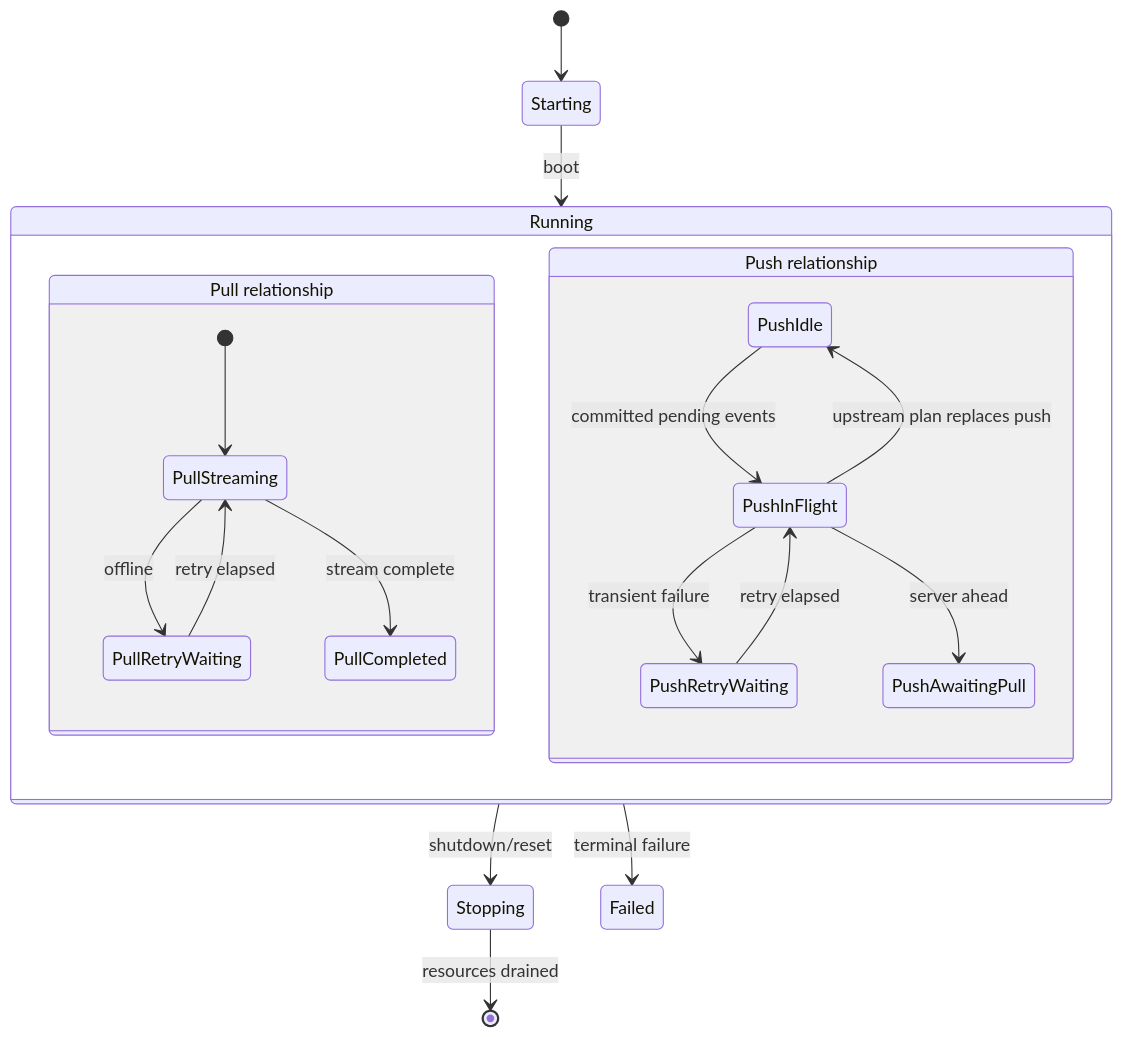
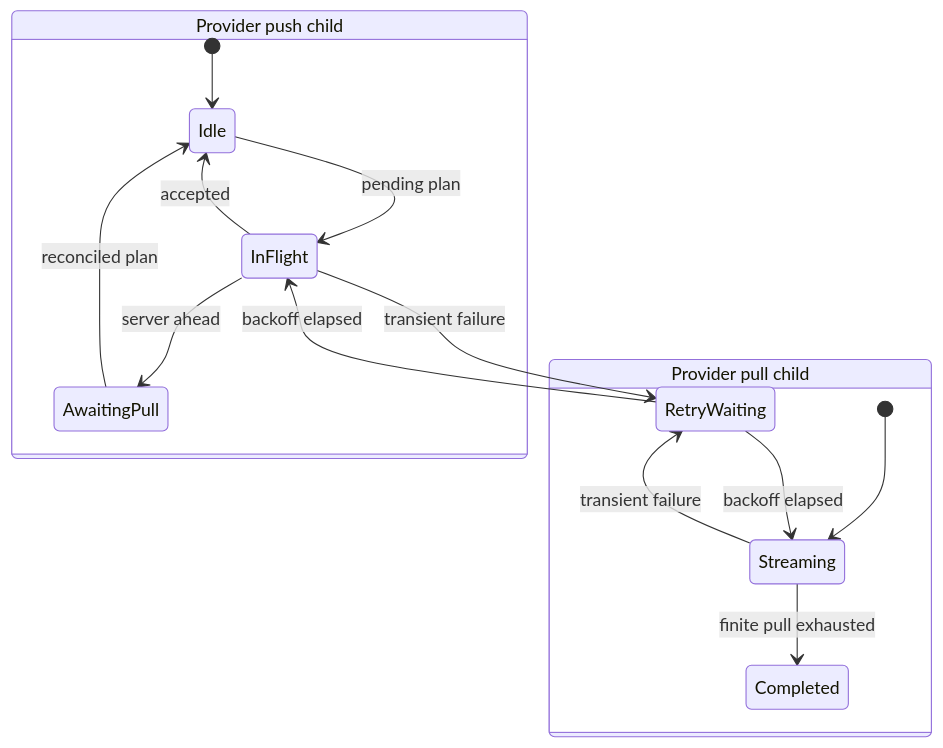
The second of 4 diagrams in contributor-docs/rfcs/0003-leader-sync-state-machine.md (slashv/livestore), drawn with Mermaid before and after one commit. The commit also changed other lines of this file and 4 other files, not shown here.

````diff
--- a/contributor-docs/rfcs/0003-leader-sync-state-machine.md
+++ b/contributor-docs/rfcs/0003-leader-sync-state-machine.md
@@ -61,25 +61,19 @@
 ```mermaid
 stateDiagram-v2
-  [*] --> Starting
-  Starting --> Running: boot
-  Running --> Stopping: shutdown/reset
-  Running --> Failed: terminal failure
-  Stopping --> [*]: resources drained
+  state "Provider push child" as Push {
+    [*] --> Idle
+    Idle --> InFlight: pending plan
+    InFlight --> Idle: accepted
+    InFlight --> RetryWaiting: transient failure
+    RetryWaiting --> InFlight: backoff elapsed
+    InFlight --> AwaitingPull: server ahead
+    AwaitingPull --> Idle: reconciled plan
+  }
 
-  state Running {
-    state "Pull relationship" as Pull {
-      [*] --> PullStreaming
-      PullStreaming --> PullRetryWaiting: offline
-      PullRetryWaiting --> PullStreaming: retry elapsed
-      PullStreaming --> PullCompleted: stream complete
-    }
-
-    state "Push relationship" as Push {
-      PushIdle --> PushInFlight: committed pending events
-      PushInFlight --> PushRetryWaiting: transient failure
-      PushRetryWaiting --> PushInFlight: retry elapsed
-      PushInFlight --> PushAwaitingPull: server ahead
-      PushInFlight --> PushIdle: upstream plan replaces push
-    }
+  state "Provider pull child" as Pull {
+    [*] --> Streaming
+    Streaming --> RetryWaiting: transient failure
+    RetryWaiting --> Streaming: backoff elapsed
+    Streaming --> Completed: finite pull exhausted
   }
 ```
````
